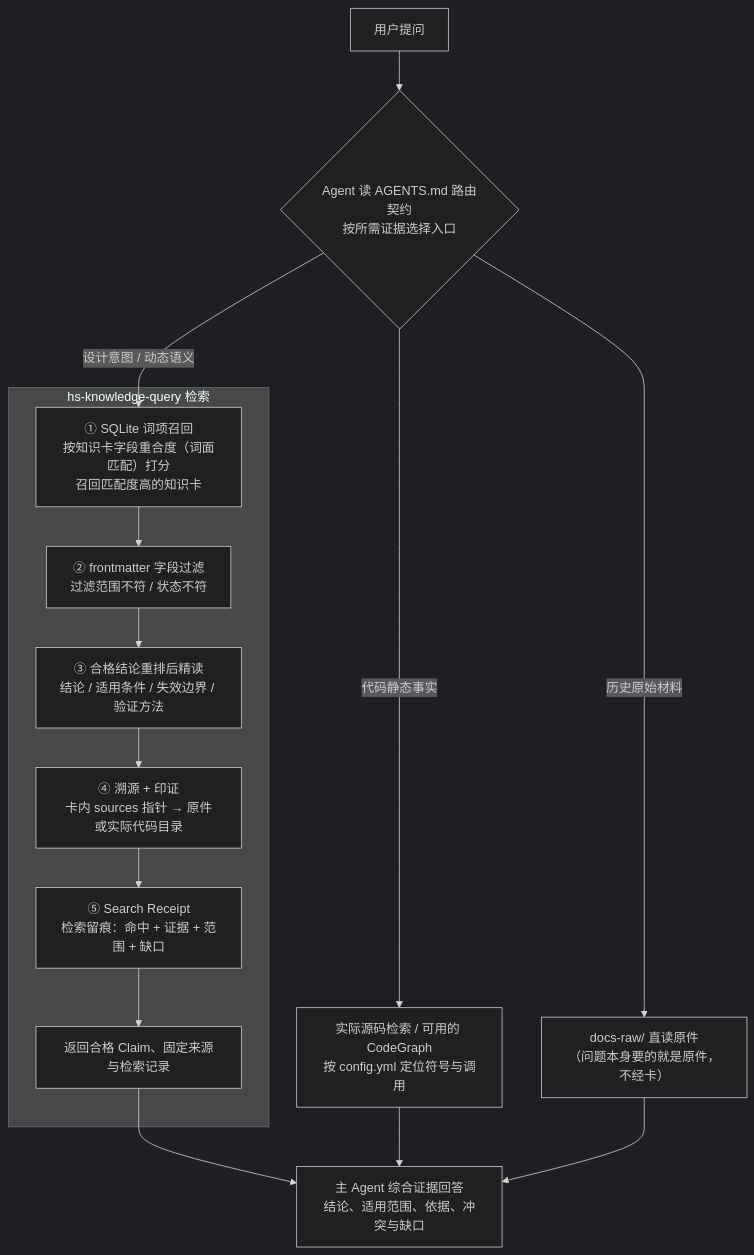
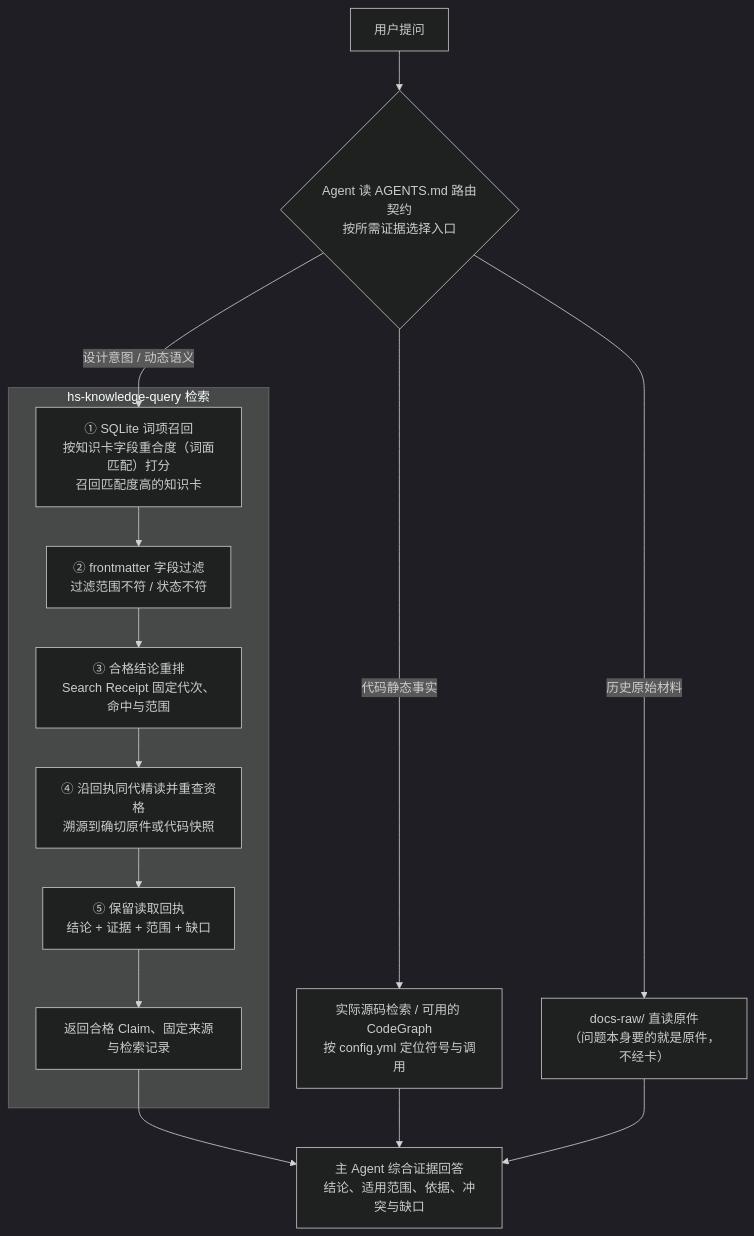
Before and after one commit to Robin-hhc/FactumCore: the seventh of 7 diagrams in aiotbot-knowledge-wifi-mp/docs-llm-wiki/AIoTBot知识库架构设计.md, drawn with Mermaid (dark theme). The commit also changed other lines of this file and 67 other files, not shown here.

````diff
--- a/aiotbot-knowledge-wifi-mp/docs-llm-wiki/AIoTBot知识库架构设计.md
+++ b/aiotbot-knowledge-wifi-mp/docs-llm-wiki/AIoTBot知识库架构设计.md
@@ -450,20 +452,20 @@
 ```mermaid
 flowchart TB
     Q["用户提问"] --> R{"Agent 读 AGENTS.md 路由契约<br />按所需证据选择入口"}
 
     R -->|"代码静态事实"| CODE["实际源码检索 / 可用的 CodeGraph<br />按 config.yml 定位符号与调用"]
     R -->|"历史原始材料"| RAW["docs-raw/ 直读原件<br />（问题本身要的就是原件，不经卡）"]
 
     subgraph KQ["hs-knowledge-query 检索"]
         C["① SQLite 词项召回<br />按知识卡字段重合度（词面匹配）打分<br />召回匹配度高的知识卡"] --> D["② frontmatter 字段过滤<br />过滤范围不符 / 状态不符<br />"]
-        D --> E["③ 合格结论重排后精读<br />结论 / 适用条件 / 失效边界 / 验证方法"]
-        E --> F["④ 溯源 + 印证<br />卡内 sources 指针 → 原件或实际代码目录"]
-        F --> G["⑤ Search Receipt<br />检索留痕：命中 + 证据 + 范围 + 缺口"]
+        D --> E["③ 合格结论重排<br />Search Receipt 固定代次、命中与范围"]
+        E --> F["④ 沿回执同代精读并重查资格<br />溯源到确切原件或代码快照"]
+        F --> G["⑤ 保留读取回执<br />结论 + 证据 + 范围 + 缺口"]
         G --> H["返回合格 Claim、固定来源与检索记录"]
     end
 
     R -->|"设计意图 / 动态语义"| C
     H --> ANSWER["主 Agent 综合证据回答<br />结论、适用范围、依据、冲突与缺口"]
     CODE --> ANSWER
     RAW --> ANSWER
 ```
````
